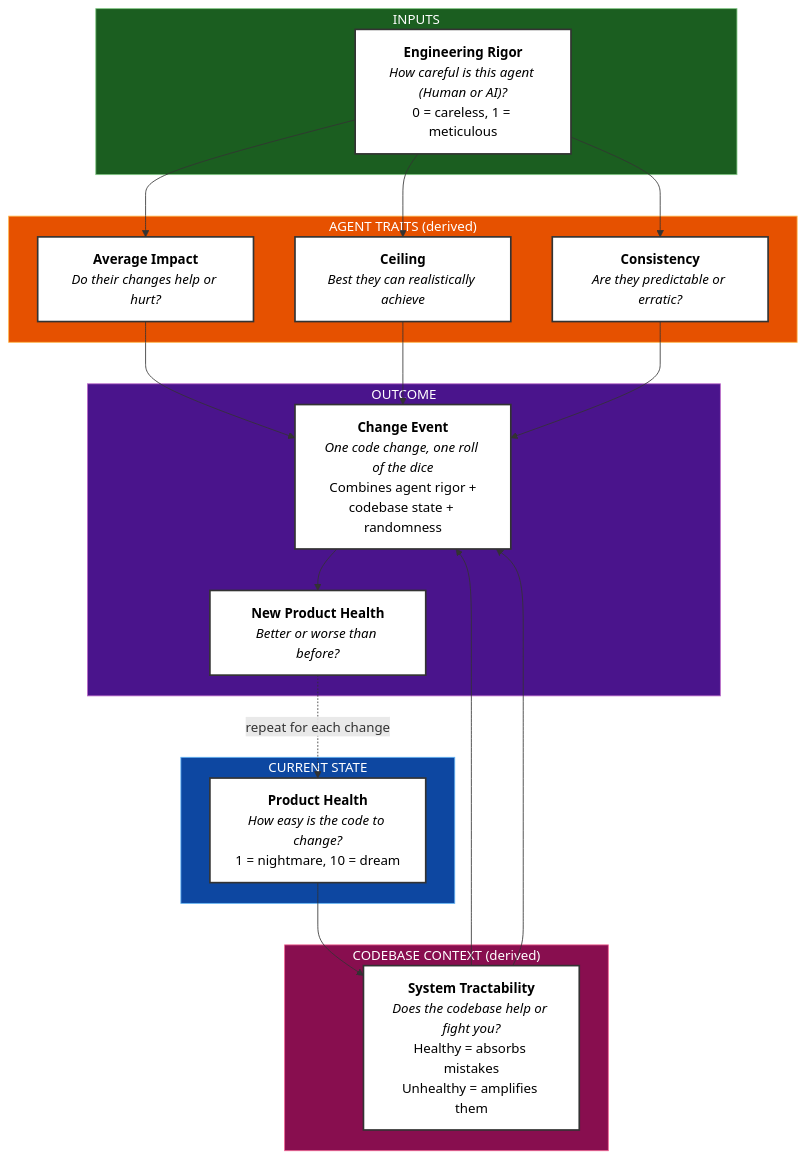
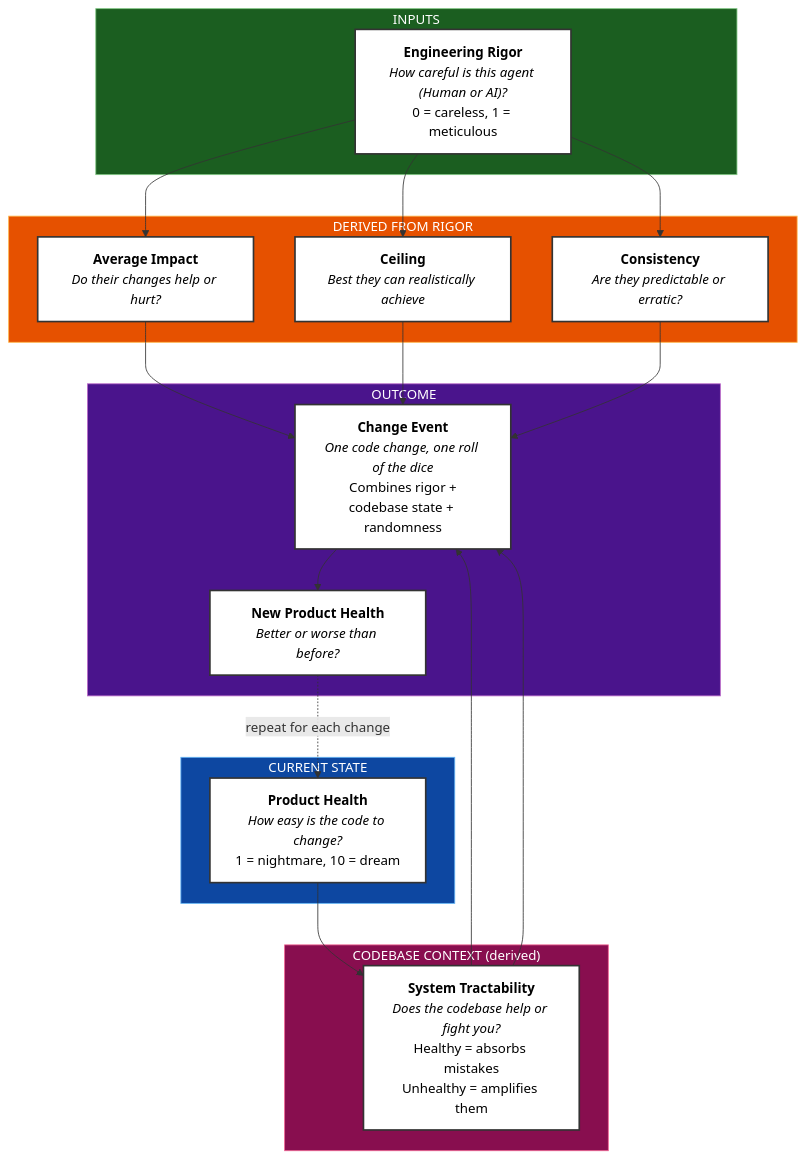
Before and after one commit to dawid-dahl-umain/product-health-dynamics: the diagram in model.mermaid, drawn with Mermaid.

Commit message:
docs: update mermaid diagram labels for clarity

```diff
--- a/model.mermaid
+++ b/model.mermaid
@@ -1,41 +1,41 @@
 flowchart TD
     subgraph inputs ["INPUTS"]
         ER["<b>Engineering Rigor</b><br/><i>How careful is this agent (Human or AI)?</i><br/>0 = careless, 1 = meticulous"]
     end
 
     subgraph state ["CURRENT STATE"]
         PH["<b>Product Health</b><br/><i>How easy is the code to change?</i><br/>1 = nightmare, 10 = dream"]
     end
 
-    subgraph traits ["AGENT TRAITS (derived)"]
+    subgraph traits ["DERIVED FROM RIGOR"]
         BI["<b>Average Impact</b><br/><i>Do their changes help or hurt?</i>"]
         BS["<b>Consistency</b><br/><i>Are they predictable or erratic?</i>"]
         MH["<b>Ceiling</b><br/><i>Best they can realistically achieve</i>"]
     end
 
     subgraph context ["CODEBASE CONTEXT (derived)"]
         SS["<b>System Tractability</b><br/><i>Does the codebase help or fight you?</i><br/>Healthy = absorbs mistakes<br/>Unhealthy = amplifies them"]
     end
 
     subgraph outcome ["OUTCOME"]
-        CE["<b>Change Event</b><br/><i>One code change, one roll of the dice</i><br/>Combines agent rigor +<br/>codebase state + randomness"]
+        CE["<b>Change Event</b><br/><i>One code change, one roll of the dice</i><br/>Combines rigor +<br/>codebase state + randomness"]
         NPH["<b>New Product Health</b><br/><i>Better or worse than before?</i>"]
     end
 
     ER --> BI & BS & MH
     PH --> SS
     BI & SS & MH --> CE
     BS & SS --> CE
     CE --> NPH
     NPH -.->|"repeat for each change"| PH
 
     %% Darker backgrounds for better contrast with white text
     style inputs fill:#1b5e20,stroke:#81c784,color:#fff
     style state fill:#0d47a1,stroke:#64b5f6,color:#fff
     style traits fill:#e65100,stroke:#ffb74d,color:#fff
     style context fill:#880e4f,stroke:#f06292,color:#fff
     style outcome fill:#4a148c,stroke:#ba68c8,color:#fff
 
     %% Explicitly style nodes for clarity
     classDef nodeStyle fill:#fff,stroke:#333,color:#000,stroke-width:2px
     class ER,PH,BI,BS,MH,SS,CE,NPH nodeStyle
```
